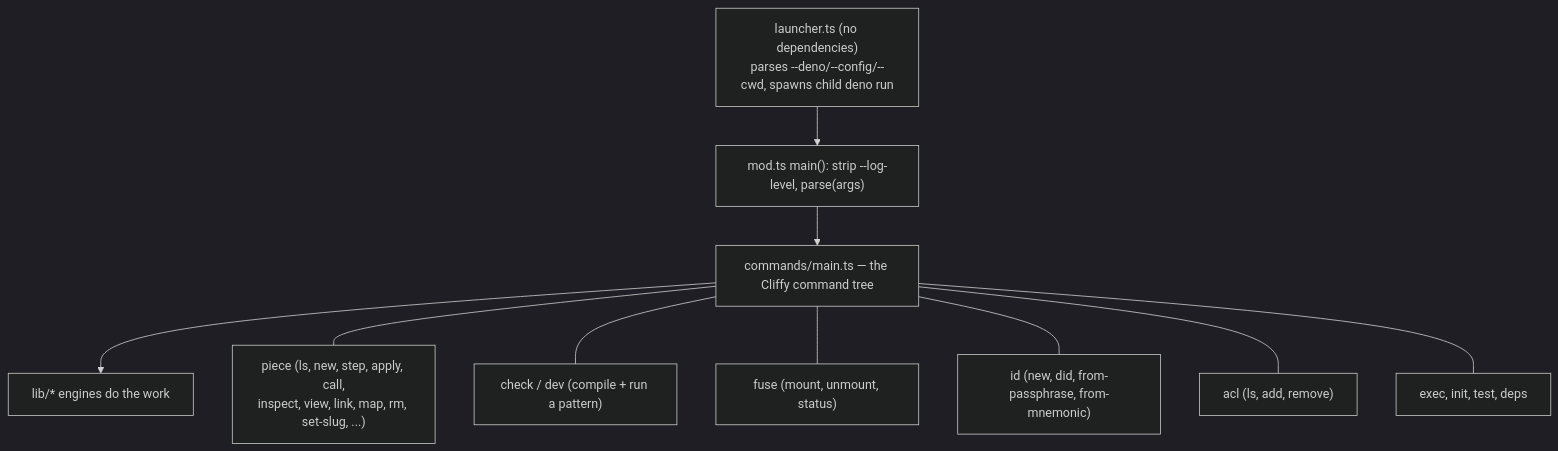
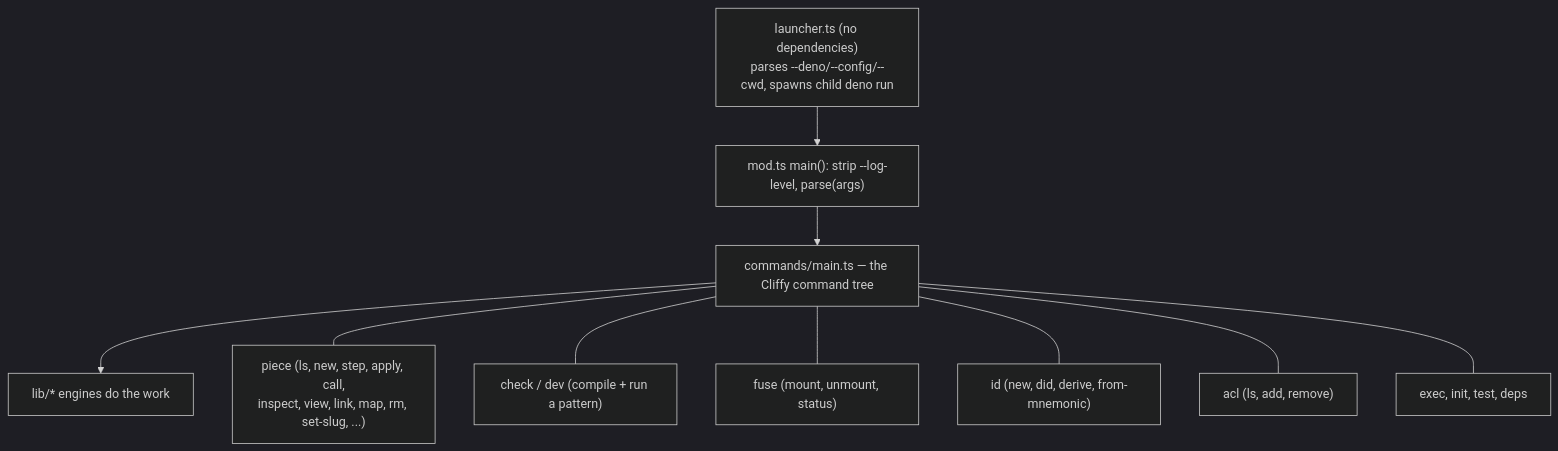
Before and after one commit to commontoolsinc/labs: the first of 4 diagrams in docs/development/orientation/cli-piece-fuse.md, drawn with Mermaid (dark theme). The commit also changed other lines of this file and 8 other files, not shown here.

````diff
--- a/docs/development/orientation/cli-piece-fuse.md
+++ b/docs/development/orientation/cli-piece-fuse.md
@@ -20,16 +20,16 @@
 ```mermaid
 flowchart TB
     launcher["launcher.ts (no dependencies)<br/>parses --deno/--config/--cwd, spawns child deno run"]
     mod["mod.ts main(): strip --log-level, parse(args)"]
     tree["commands/main.ts — the Cliffy command tree"]
     libs["lib/* engines do the work"]
 
     launcher --> mod --> tree --> libs
 
     tree --- c1["piece (ls, new, step, apply, call,<br/>inspect, view, link, map, rm, set-slug, ...)"]
     tree --- c2["check / dev (compile + run a pattern)"]
     tree --- c3["fuse (mount, unmount, status)"]
-    tree --- c4["id (new, did, from-passphrase, from-mnemonic)"]
+    tree --- c4["id (new, did, derive, from-mnemonic)"]
     tree --- c5["acl (ls, add, remove)"]
     tree --- c6["exec, init, test, deps"]
 ```
````
